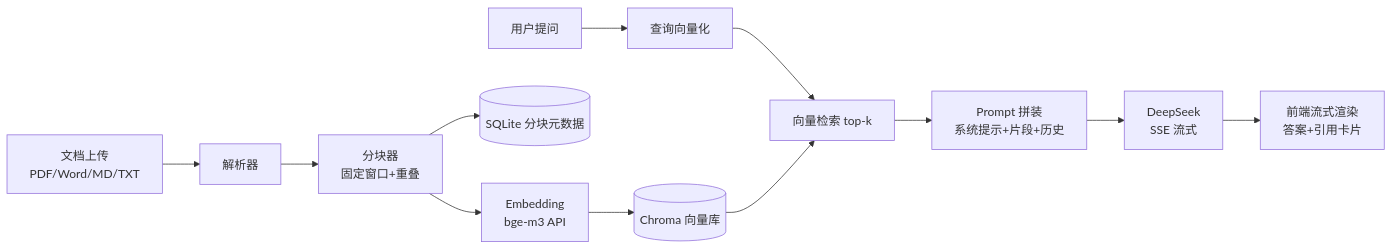
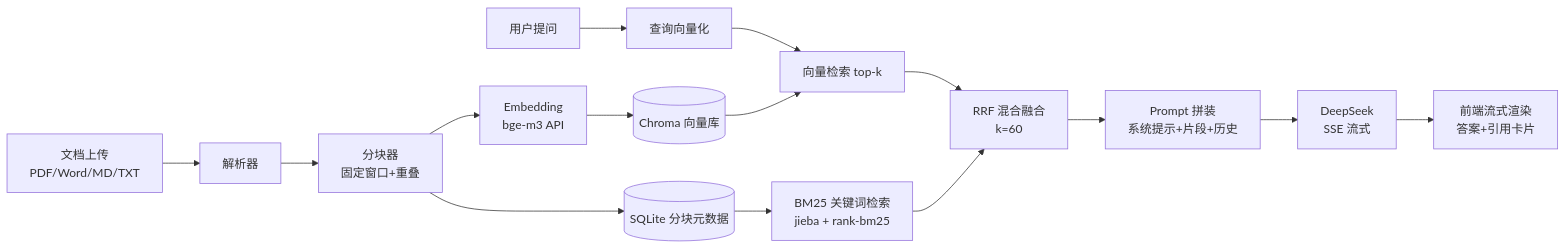
Before and after one commit to Maple-in-rain/docmind: the diagram in README.md, drawn with Mermaid. The commit also changed other lines of this file and 11 other files, not shown here.

````diff
--- a/README.md
+++ b/README.md
@@ -58,15 +62,18 @@
 ```mermaid
 flowchart LR
     A[文档上传<br>PDF/Word/MD/TXT] --> B[解析器]
     B --> C[分块器<br>固定窗口+重叠]
     C --> D[Embedding<br>bge-m3 API]
     D --> E[(Chroma 向量库)]
     C --> F[(SQLite 分块元数据)]
 
     G[用户提问] --> H[查询向量化]
     H --> I[向量检索 top-k]
-    I --> J[Prompt 拼装<br>系统提示+片段+历史]
+    F --> M[BM25 关键词检索<br>jieba + rank-bm25]
+    I --> N[RRF 混合融合<br>k=60]
+    M --> N
     E --> I
+    N --> J[Prompt 拼装<br>系统提示+片段+历史]
     J --> K[DeepSeek<br>SSE 流式]
     K --> L[前端流式渲染<br>答案+引用卡片]
 ```
````
